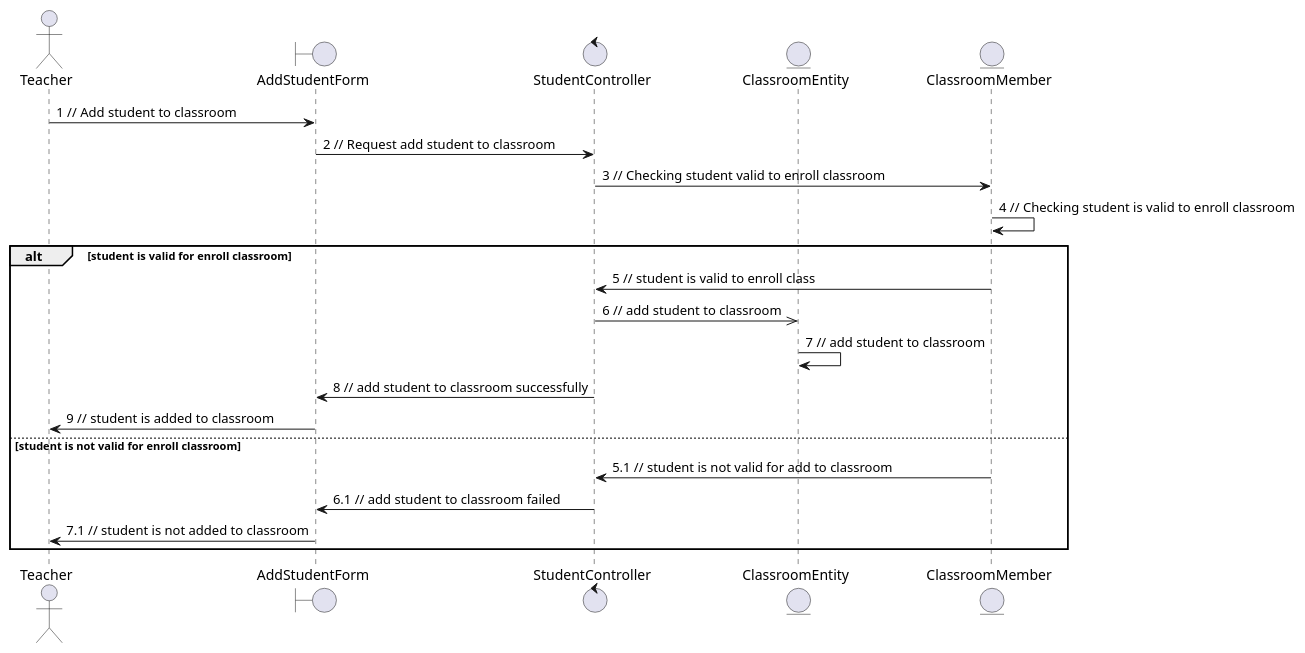
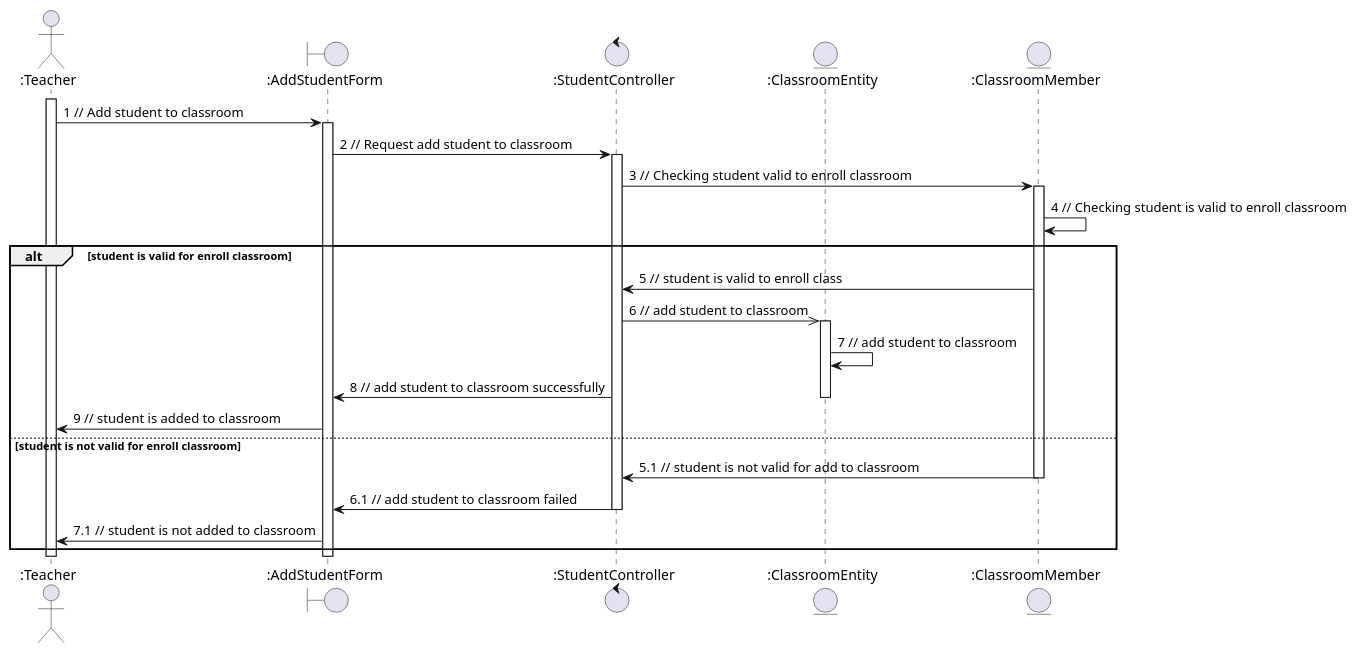
The diagram in addStudent.plantuml (anonyhostvn/OOAD-Diagram), drawn with PlantUML before and after one commit. The commit also changed 1 other file, not shown here.

Commit message:
student analaysis done

```diff
--- a/addStudent.plantuml
+++ b/addStudent.plantuml
@@ -1,26 +1,37 @@
 @startuml addStudent
 
-actor Teacher
-boundary AddStudentForm
-control StudentController
-entity ClassroomEntity
-entity ClassroomMember
+actor ":Teacher"
+boundary ":AddStudentForm"
+control ":StudentController"
+entity ":ClassroomEntity"
+entity ":ClassroomMember"
 
-Teacher -> AddStudentForm: 1 // Add student to classroom
-AddStudentForm -> StudentController: 2 // Request add student to classroom
-StudentController -> ClassroomMember: 3 // Checking student valid to enroll classroom
-ClassroomMember -> ClassroomMember: 4 // Checking student is valid to enroll classroom
+activate ":Teacher"
+":Teacher" -> ":AddStudentForm": 1 // Add student to classroom
+activate ":AddStudentForm"
+":AddStudentForm" -> ":StudentController": 2 // Request add student to classroom
+activate ":StudentController"
+":StudentController" -> ":ClassroomMember": 3 // Checking student valid to enroll classroom
+activate ":ClassroomMember"
+":ClassroomMember" -> ":ClassroomMember": 4 // Checking student is valid to enroll classroom
 alt student is valid for enroll classroom
-    ClassroomMember -> StudentController: 5 // student is valid to enroll class
-    StudentController ->> ClassroomEntity: 6 // add student to classroom
-    ClassroomEntity -> ClassroomEntity: 7 // add student to classroom
-    StudentController -> AddStudentForm: 8 // add student to classroom successfully
-    AddStudentForm -> Teacher: 9 // student is added to classroom
+    ":ClassroomMember" -> ":StudentController": 5 // student is valid to enroll class
+    ":StudentController" ->> ":ClassroomEntity": 6 // add student to classroom
+    activate ":ClassroomEntity" 
+    ":ClassroomEntity" -> ":ClassroomEntity": 7 // add student to classroom
+    ":StudentController" -> ":AddStudentForm": 8 // add student to classroom successfully
+    deactivate ":ClassroomEntity"
+    ":AddStudentForm" -> ":Teacher": 9 // student is added to classroom
 
 else student is not valid for enroll classroom
-    ClassroomMember -> StudentController: 5.1 // student is not valid for add to classroom
-    StudentController -> AddStudentForm: 6.1 // add student to classroom failed
-    AddStudentForm -> Teacher: 7.1 // student is not added to classroom
+    ":ClassroomMember" -> ":StudentController": 5.1 // student is not valid for add to classroom
+    deactivate ":ClassroomMember"
+    ":StudentController" -> ":AddStudentForm": 6.1 // add student to classroom failed
+    deactivate ":StudentController"
+    ":AddStudentForm" -> ":Teacher": 7.1 // student is not added to classroom
 end
 
+deactivate ":AddStudentForm"
+deactivate ":Teacher"
+
 @enduml
```
